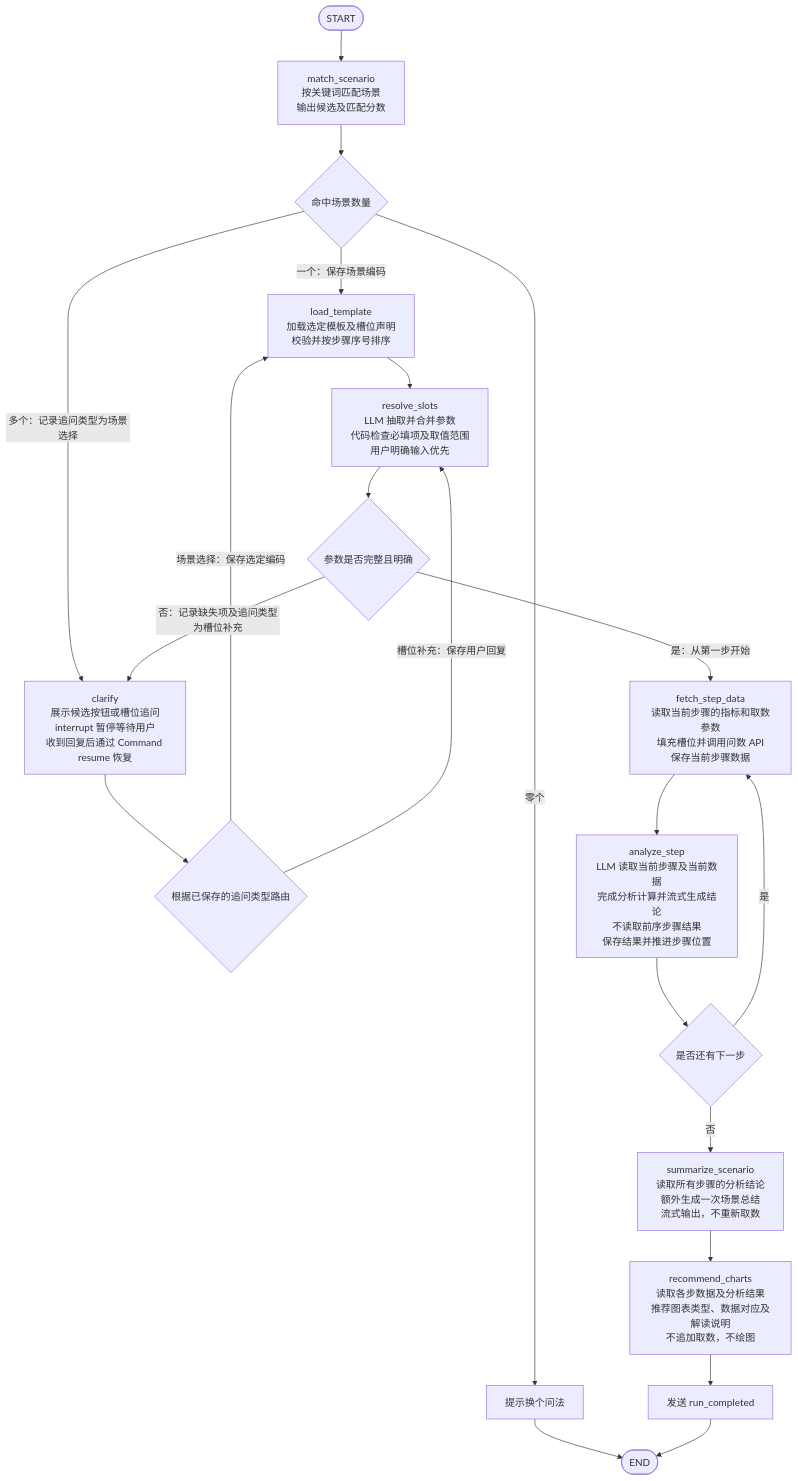
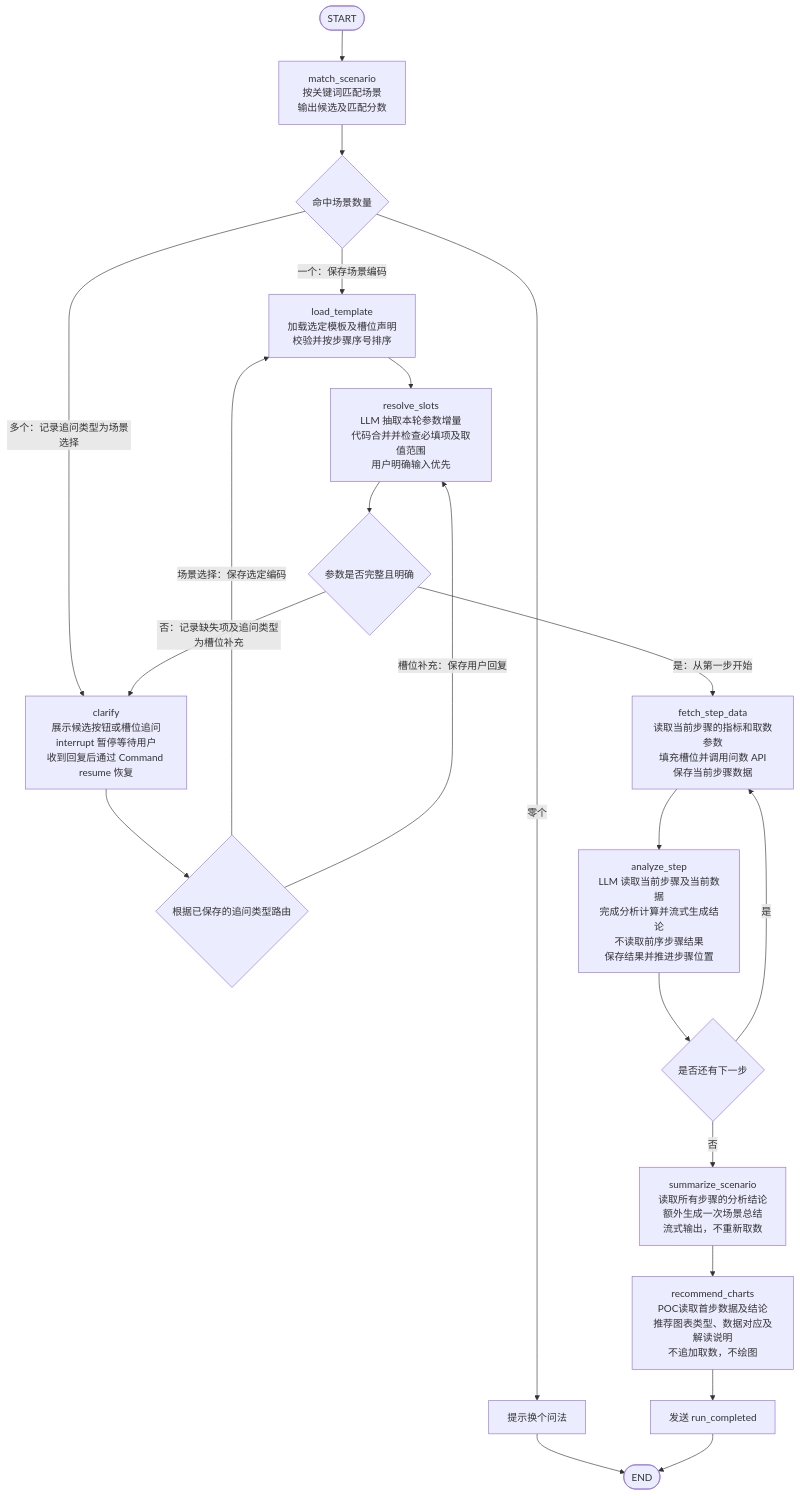
Before and after one commit to Cheng-xiaozhen/Life-Insurance-Business-Analysis-Assistant: the diagram in docs/系统架构设计说明.md, drawn with Mermaid. The commit also changed other lines of this file and 6 other files, not shown here.

````diff
--- a/docs/系统架构设计说明.md
+++ b/docs/系统架构设计说明.md
@@ -507,33 +548,33 @@
 ```mermaid
 flowchart TD
     START([START]) --> MATCH["match_scenario<br/>按关键词匹配场景<br/>输出候选及匹配分数"]
 
     MATCH --> MATCH_ROUTE{"命中场景数量"}
     MATCH_ROUTE -->|零个| NO_MATCH["提示换个问法"]
     NO_MATCH --> END_NODE([END])
     MATCH_ROUTE -->|一个：保存场景编码| LOAD
     MATCH_ROUTE -->|多个：记录追问类型为场景选择| CLARIFY
 
     CLARIFY["clarify<br/>展示候选按钮或槽位追问<br/>interrupt 暂停等待用户<br/>收到回复后通过 Command resume 恢复"]
     CLARIFY --> TYPE_ROUTE{"根据已保存的追问类型路由"}
     TYPE_ROUTE -->|场景选择：保存选定编码| LOAD
     TYPE_ROUTE -->|槽位补充：保存用户回复| SLOTS
 
     LOAD["load_template<br/>加载选定模板及槽位声明<br/>校验并按步骤序号排序"] --> SLOTS
 
-    SLOTS["resolve_slots<br/>LLM 抽取并合并参数<br/>代码检查必填项及取值范围<br/>用户明确输入优先"] --> SLOT_ROUTE{"参数是否完整且明确"}
+    SLOTS["resolve_slots<br/>LLM 抽取本轮参数增量<br/>代码合并并检查必填项及取值范围<br/>用户明确输入优先"] --> SLOT_ROUTE{"参数是否完整且明确"}
     SLOT_ROUTE -->|否：记录缺失项及追问类型为槽位补充| CLARIFY
     SLOT_ROUTE -->|是：从第一步开始| FETCH
 
     FETCH["fetch_step_data<br/>读取当前步骤的指标和取数参数<br/>填充槽位并调用问数 API<br/>保存当前步骤数据"] --> ANALYZE
 
     ANALYZE["analyze_step<br/>LLM 读取当前步骤及当前数据<br/>完成分析计算并流式生成结论<br/>不读取前序步骤结果<br/>保存结果并推进步骤位置"] --> STEP_ROUTE{"是否还有下一步"}
 
     STEP_ROUTE -->|是| FETCH
     STEP_ROUTE -->|否| SUMMARY
 
     SUMMARY["summarize_scenario<br/>读取所有步骤的分析结论<br/>额外生成一次场景总结<br/>流式输出，不重新取数"] --> CHARTS
 
-    CHARTS["recommend_charts<br/>读取各步数据及分析结果<br/>推荐图表类型、数据对应及解读说明<br/>不追加取数，不绘图"] --> COMPLETE["发送 run_completed"]
+    CHARTS["recommend_charts<br/>POC读取首步数据及结论<br/>推荐图表类型、数据对应及解读说明<br/>不追加取数，不绘图"] --> COMPLETE["发送 run_completed"]
     COMPLETE --> END_NODE
 ```
````
